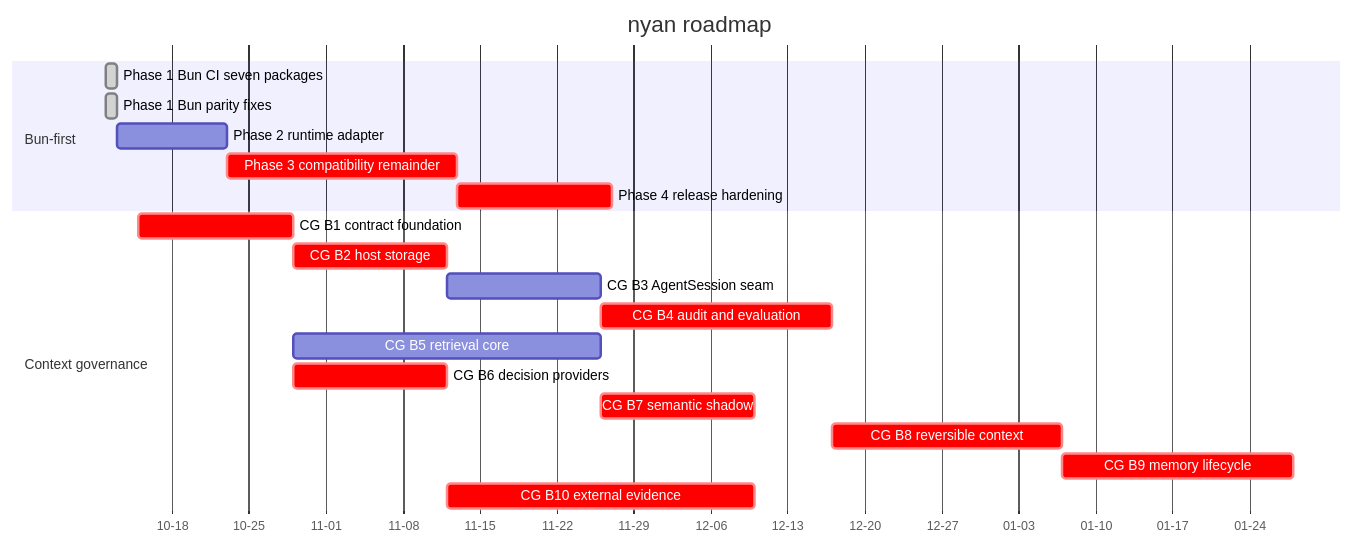
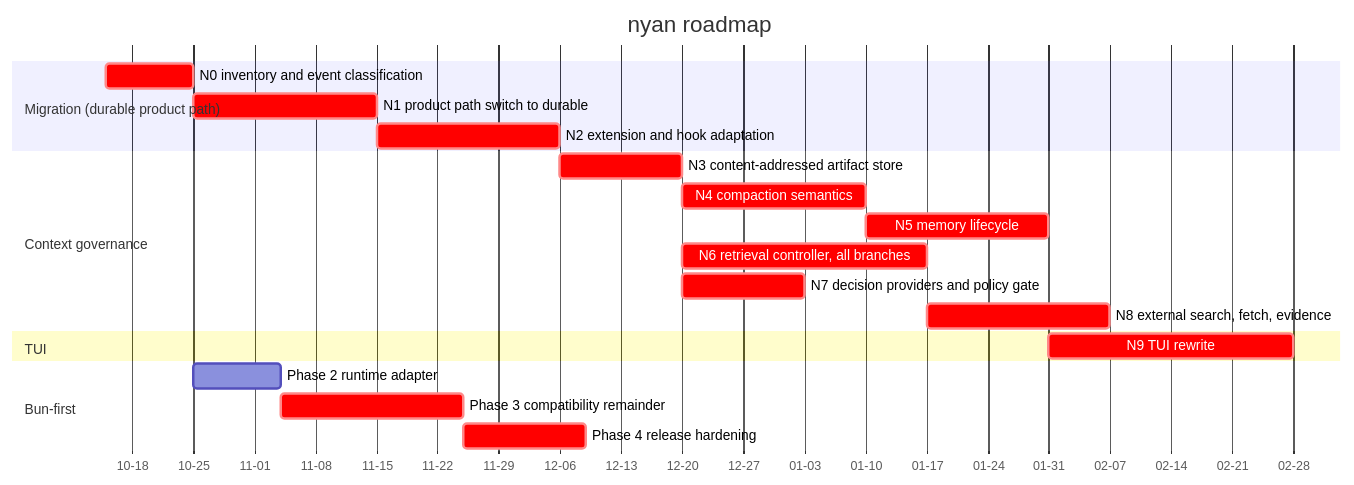
Before and after one commit to blxzer77/nyan: the diagram in ROADMAP.md, drawn with Mermaid. The commit also changed other lines of this file and 6 other files, not shown here.

````diff
--- a/ROADMAP.md
+++ b/ROADMAP.md
@@ -13,25 +13,27 @@
 ```mermaid
 gantt
     title nyan roadmap
     dateFormat YYYY-MM-DD
     axisFormat %m-%d
 
+    section Migration (durable product path)
+    N0 inventory and event classification :crit, n0, 2026-10-15, 10d
+    N1 product path switch to durable :crit, n1, after n0, 21d
+    N2 extension and hook adaptation :crit, n2, after n1, 21d
+
+    section Context governance
+    N3 content-addressed artifact store :crit, n3, after n2, 14d
+    N4 compaction semantics :crit, n4, after n3, 21d
+    N5 memory lifecycle :crit, n5, after n4, 21d
+    N6 retrieval controller, all branches :crit, n6, after n3, 28d
+    N7 decision providers and policy gate :crit, n7, after n3, 14d
+    N8 external search, fetch, evidence :crit, n8, after n6, 21d
+
+    section TUI
+    N9 TUI rewrite :crit, n9, after n5, 28d
+
     section Bun-first
-    Phase 1 Bun CI seven packages :done, bun1ci, 2026-10-12, 1d
-    Phase 1 Bun parity fixes :done, bun1fix, 2026-10-12, 1d
-    Phase 2 runtime adapter :bun2, after bun1fix, 10d
+    Phase 2 runtime adapter :bun2, after n0, 10d
     Phase 3 compatibility remainder :crit, bun3, after bun2, 21d
     Phase 4 release hardening :crit, bun4, after bun3, 14d
-
-    section Context governance
-    CG B1 contract foundation :crit, cg1, 2026-10-15, 14d
-    CG B2 host storage :crit, cg2, after cg1, 14d
-    CG B3 AgentSession seam :cg3, after cg2, 14d
-    CG B4 audit and evaluation :crit, cg4, after cg3, 21d
-    CG B5 retrieval core :cg5, after cg1, 28d
-    CG B6 decision providers :crit, cg6, after cg1, 14d
-    CG B7 semantic shadow :crit, cg7, after cg5, 14d
-    CG B8 reversible context :crit, cg8, after cg4, 21d
-    CG B9 memory lifecycle :crit, cg9, after cg8, 21d
-    CG B10 external evidence :crit, cg10, after cg6, 28d
 ```
````
